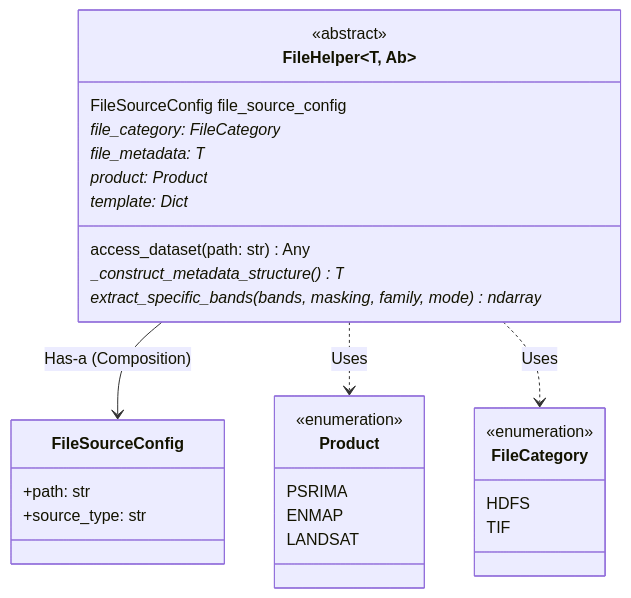
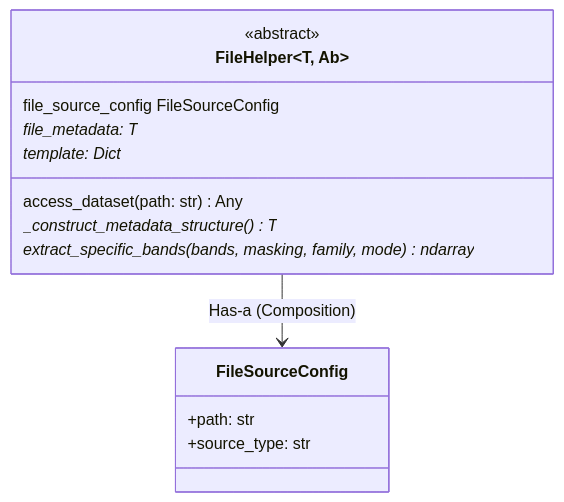
The first of 3 diagrams in docs/file_handling/file_handling_design.md (rashwin88/hsi-anomaly-foundations-allotrope), drawn with Mermaid before and after one commit. The commit also changed other lines of this file and 20 other files, not shown here.

````diff
--- a/docs/file_handling/file_handling_design.md
+++ b/docs/file_handling/file_handling_design.md
@@ -5,38 +5,21 @@
 ```mermaid
 classDiagram
     class FileHelper~T, Ab~ {
         <<abstract>>
-        FileSourceConfig file_source_config
-        file_category: FileCategory*
+        file_source_config FileSourceConfig
         file_metadata: T*
-        product: Product*
         template: Dict*
         access_dataset(path: str) Any
         _construct_metadata_structure()* T
         extract_specific_bands(bands, masking, family, mode)* ndarray
     }
 
     class FileSourceConfig {
         +path: str
         +source_type: str
     }
 
-    class Product {
-        <<enumeration>>
-        PSRIMA
-        ENMAP
-        LANDSAT
-    }
-
-    class FileCategory {
-      <<enumeration>>
-      HDFS
-      TIF
-
-    }
 
     %% Relationships
     FileHelper --> FileSourceConfig : Has-a (Composition)
-    FileHelper ..> Product : Uses
-    FileHelper ..> FileCategory: Uses
 ```
````
